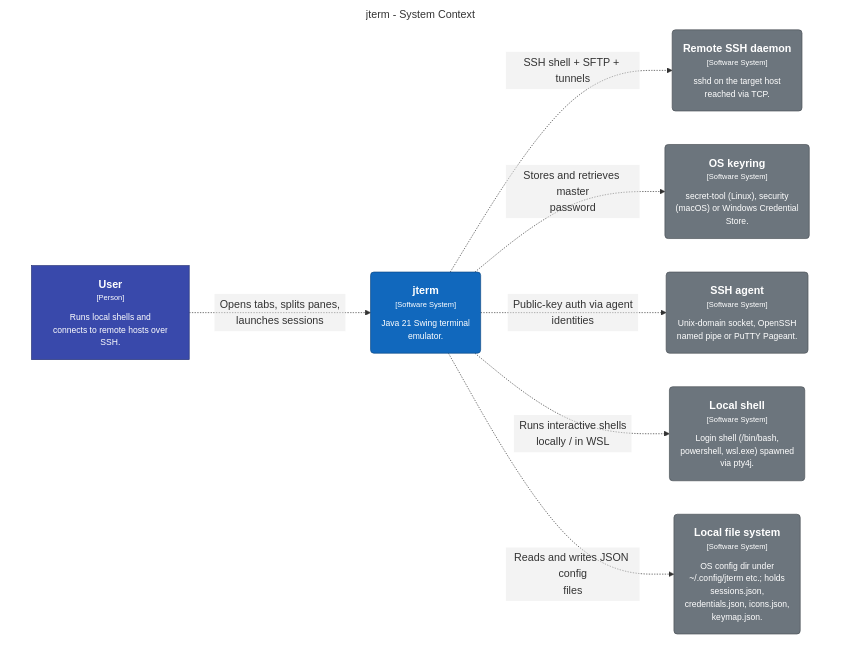
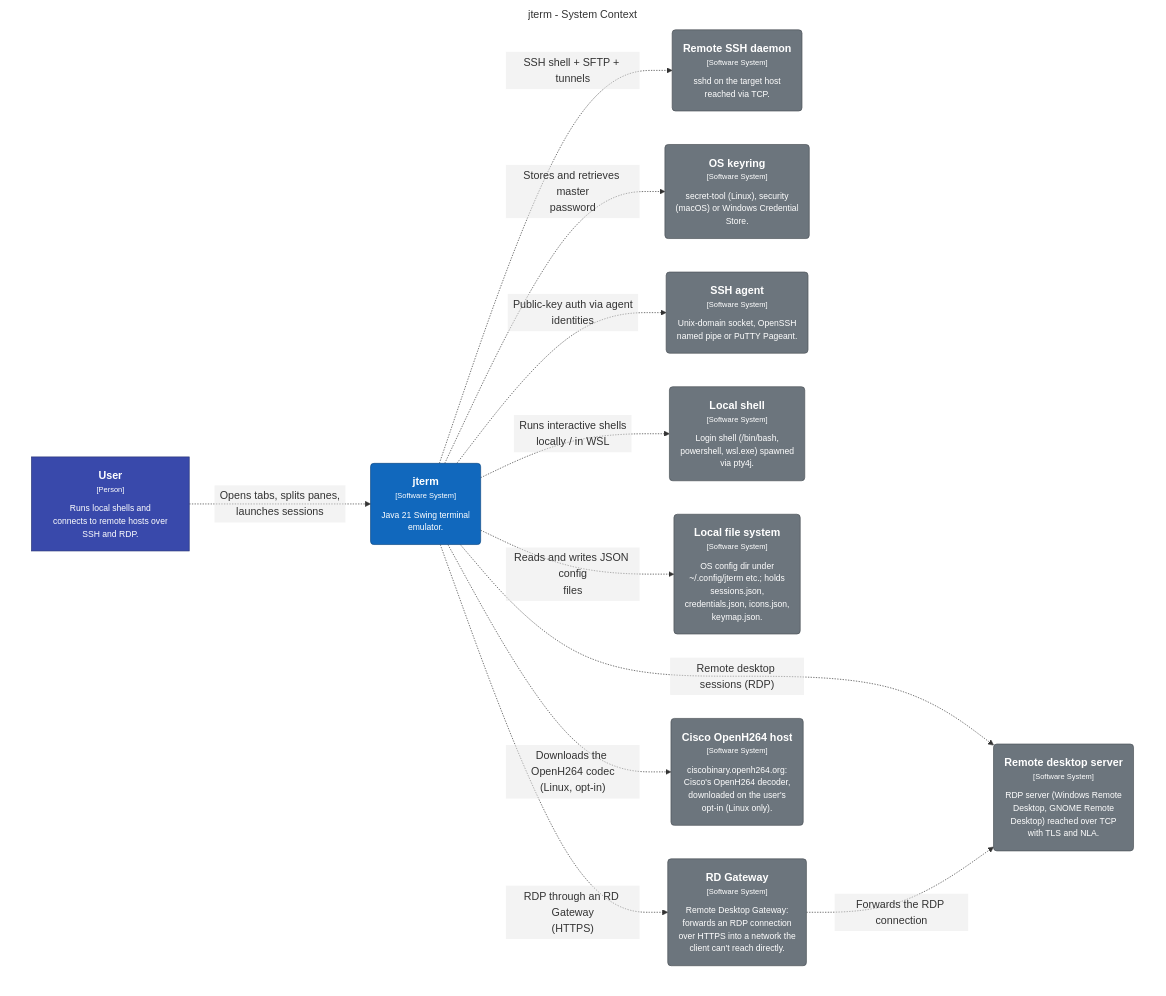
The diagram in docs/architecture/model/generated/context.mmd (drecaise/jterm), drawn with Mermaid before and after one commit. The commit also changed 238 other files, not shown here.

First line of the commit message:
Add RDP sessions: remote desktops in panes, with clipboard, drives, sound, printing and smart cards

```diff
--- a/docs/architecture/model/generated/context.mmd
+++ b/docs/architecture/model/generated/context.mmd
@@ -1,33 +1,43 @@
 ---
 config:
   flowchart:
     padding: 16
 ---
 %%{init: {'theme':'base','themeVariables':{'edgeLabelBackground':'transparent','lineColor':'#8b95a1','fontFamily':'-apple-system,BlinkMacSystemFont,"Segoe UI",Roboto,Helvetica,Arial,sans-serif','fontSize':'14px'},'flowchart':{'curve':'basis','useMaxWidth':true}}}%%
 graph TB
 
   subgraph diagram ["jterm - System Context"]
     style diagram fill:transparent,stroke:transparent
 
-    1["<div style='font-weight: bold'>User</div><div style='font-size: 70%; margin-top: 0px'>[Person]</div><div style='font-size: 80%; margin-top:10px'>Runs local shells and<br />connects to remote hosts over<br />SSH.</div>"]
+    1["<div style='font-weight: bold'>User</div><div style='font-size: 70%; margin-top: 0px'>[Person]</div><div style='font-size: 80%; margin-top:10px'>Runs local shells and<br />connects to remote hosts over<br />SSH and RDP.</div>"]
     style 1 fill:#3949ab,stroke:#273377,color:#ffffff
+    10("<div style='font-weight: bold'>jterm</div><div style='font-size: 70%; margin-top: 0px'>[Software System]</div><div style='font-size: 80%; margin-top:10px'>Java 21 Swing terminal<br />emulator.</div>")
+    style 10 fill:#1168bd,stroke:#0b4884,color:#ffffff
     2("<div style='font-weight: bold'>Remote SSH daemon</div><div style='font-size: 70%; margin-top: 0px'>[Software System]</div><div style='font-size: 80%; margin-top:10px'>sshd on the target host<br />reached via TCP.</div>")
     style 2 fill:#6c757d,stroke:#4b5157,color:#ffffff
     3("<div style='font-weight: bold'>OS keyring</div><div style='font-size: 70%; margin-top: 0px'>[Software System]</div><div style='font-size: 80%; margin-top:10px'>secret-tool (Linux), security<br />(macOS) or Windows Credential<br />Store.</div>")
     style 3 fill:#6c757d,stroke:#4b5157,color:#ffffff
     4("<div style='font-weight: bold'>SSH agent</div><div style='font-size: 70%; margin-top: 0px'>[Software System]</div><div style='font-size: 80%; margin-top:10px'>Unix-domain socket, OpenSSH<br />named pipe or PuTTY Pageant.</div>")
     style 4 fill:#6c757d,stroke:#4b5157,color:#ffffff
     5("<div style='font-weight: bold'>Local shell</div><div style='font-size: 70%; margin-top: 0px'>[Software System]</div><div style='font-size: 80%; margin-top:10px'>Login shell (/bin/bash,<br />powershell, wsl.exe) spawned<br />via pty4j.</div>")
     style 5 fill:#6c757d,stroke:#4b5157,color:#ffffff
     6("<div style='font-weight: bold'>Local file system</div><div style='font-size: 70%; margin-top: 0px'>[Software System]</div><div style='font-size: 80%; margin-top:10px'>OS config dir under<br />~/.config/jterm etc.; holds<br />sessions.json,<br />credentials.json, icons.json,<br />keymap.json.</div>")
     style 6 fill:#6c757d,stroke:#4b5157,color:#ffffff
-    7("<div style='font-weight: bold'>jterm</div><div style='font-size: 70%; margin-top: 0px'>[Software System]</div><div style='font-size: 80%; margin-top:10px'>Java 21 Swing terminal<br />emulator.</div>")
-    style 7 fill:#1168bd,stroke:#0b4884,color:#ffffff
+    7("<div style='font-weight: bold'>Remote desktop server</div><div style='font-size: 70%; margin-top: 0px'>[Software System]</div><div style='font-size: 80%; margin-top:10px'>RDP server (Windows Remote<br />Desktop, GNOME Remote<br />Desktop) reached over TCP<br />with TLS and NLA.</div>")
+    style 7 fill:#6c757d,stroke:#4b5157,color:#ffffff
+    8("<div style='font-weight: bold'>RD Gateway</div><div style='font-size: 70%; margin-top: 0px'>[Software System]</div><div style='font-size: 80%; margin-top:10px'>Remote Desktop Gateway:<br />forwards an RDP connection<br />over HTTPS into a network the<br />client can't reach directly.</div>")
+    style 8 fill:#6c757d,stroke:#4b5157,color:#ffffff
+    9("<div style='font-weight: bold'>Cisco OpenH264 host</div><div style='font-size: 70%; margin-top: 0px'>[Software System]</div><div style='font-size: 80%; margin-top:10px'>ciscobinary.openh264.org:<br />Cisco's OpenH264 decoder,<br />downloaded on the user's<br />opt-in (Linux only).</div>")
+    style 9 fill:#6c757d,stroke:#4b5157,color:#ffffff
 
-    1-. "<div style='padding:4px 8px'><div>Opens tabs, splits panes,<br />launches sessions</div><div style='font-size: 70%'></div></div>" .->7
-    7-. "<div style='padding:4px 8px'><div>SSH shell + SFTP + tunnels</div><div style='font-size: 70%'></div></div>" .->2
-    7-. "<div style='padding:4px 8px'><div>Stores and retrieves master<br />password</div><div style='font-size: 70%'></div></div>" .->3
-    7-. "<div style='padding:4px 8px'><div>Public-key auth via agent<br />identities</div><div style='font-size: 70%'></div></div>" .->4
-    7-. "<div style='padding:4px 8px'><div>Runs interactive shells<br />locally / in WSL</div><div style='font-size: 70%'></div></div>" .->5
-    7-. "<div style='padding:4px 8px'><div>Reads and writes JSON config<br />files</div><div style='font-size: 70%'></div></div>" .->6
+    1-. "<div style='padding:4px 8px'><div>Opens tabs, splits panes,<br />launches sessions</div><div style='font-size: 70%'></div></div>" .->10
+    10-. "<div style='padding:4px 8px'><div>SSH shell + SFTP + tunnels</div><div style='font-size: 70%'></div></div>" .->2
+    10-. "<div style='padding:4px 8px'><div>Stores and retrieves master<br />password</div><div style='font-size: 70%'></div></div>" .->3
+    10-. "<div style='padding:4px 8px'><div>Public-key auth via agent<br />identities</div><div style='font-size: 70%'></div></div>" .->4
+    10-. "<div style='padding:4px 8px'><div>Runs interactive shells<br />locally / in WSL</div><div style='font-size: 70%'></div></div>" .->5
+    10-. "<div style='padding:4px 8px'><div>Reads and writes JSON config<br />files</div><div style='font-size: 70%'></div></div>" .->6
+    10-. "<div style='padding:4px 8px'><div>Remote desktop sessions (RDP)</div><div style='font-size: 70%'></div></div>" .->7
+    10-. "<div style='padding:4px 8px'><div>RDP through an RD Gateway<br />(HTTPS)</div><div style='font-size: 70%'></div></div>" .->8
+    8-. "<div style='padding:4px 8px'><div>Forwards the RDP connection</div><div style='font-size: 70%'></div></div>" .->7
+    10-. "<div style='padding:4px 8px'><div>Downloads the OpenH264 codec<br />(Linux, opt-in)</div><div style='font-size: 70%'></div></div>" .->9
   end
```
